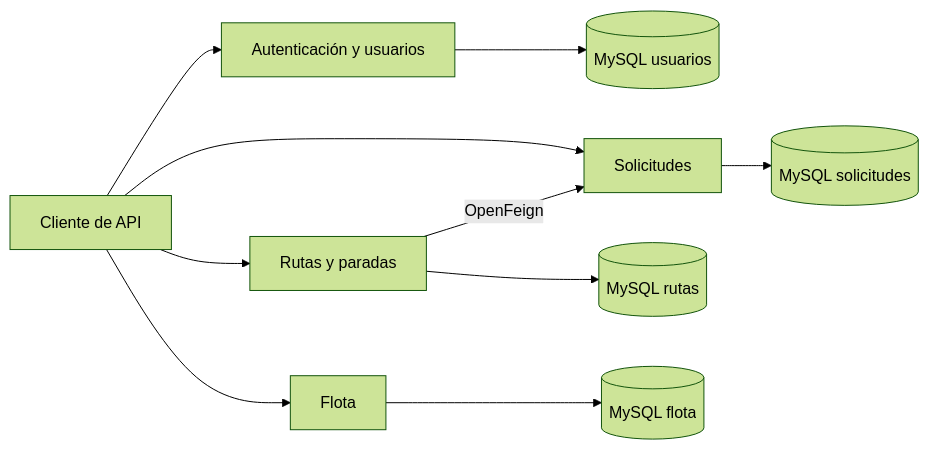
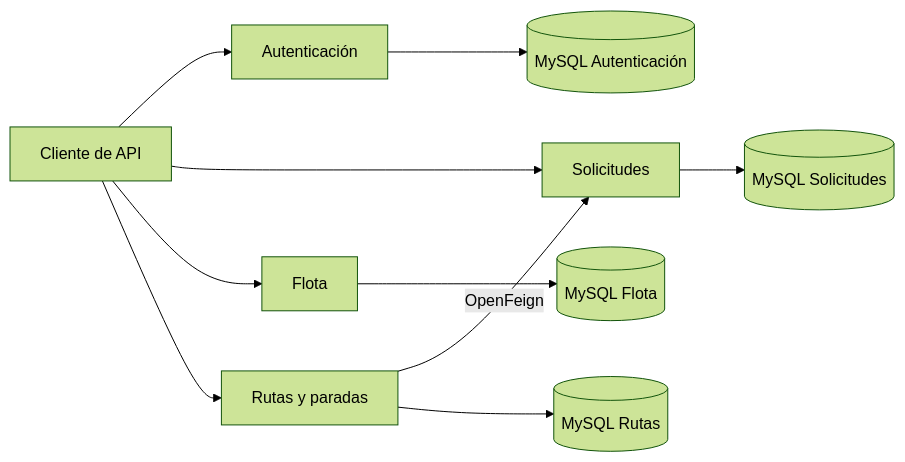
One commit to Diego-Git09/RutaLimpia changed the diagram in README.md. Above: the diagram before and after it, drawn with Mermaid (forest theme). The commit also changed other lines of this file and 8 other files, not shown here.

````diff
--- a/README.md
+++ b/README.md
@@ -45,12 +76,14 @@
 ```mermaid
 flowchart LR
-    Cliente[Cliente de API] --> Auth[Autenticación y usuarios]
+    Cliente[Cliente de API] --> Auth[Autenticación]
     Cliente --> Solicitudes[Solicitudes]
+    Cliente --> Flota[Flota]
     Cliente --> Rutas[Rutas y paradas]
-    Cliente --> Flota[Flota]
+
     Rutas -->|OpenFeign| Solicitudes
-    Auth --> DBAuth[(MySQL usuarios)]
-    Solicitudes --> DBSolicitudes[(MySQL solicitudes)]
-    Rutas --> DBRutas[(MySQL rutas)]
-    Flota --> DBFlota[(MySQL flota)]
+
+    Auth --> DBAuth[(MySQL Autenticación)]
+    Solicitudes --> DBSolicitudes[(MySQL Solicitudes)]
+    Flota --> DBFlota[(MySQL Flota)]
+    Rutas --> DBRutas[(MySQL Rutas)]
 ```
````
